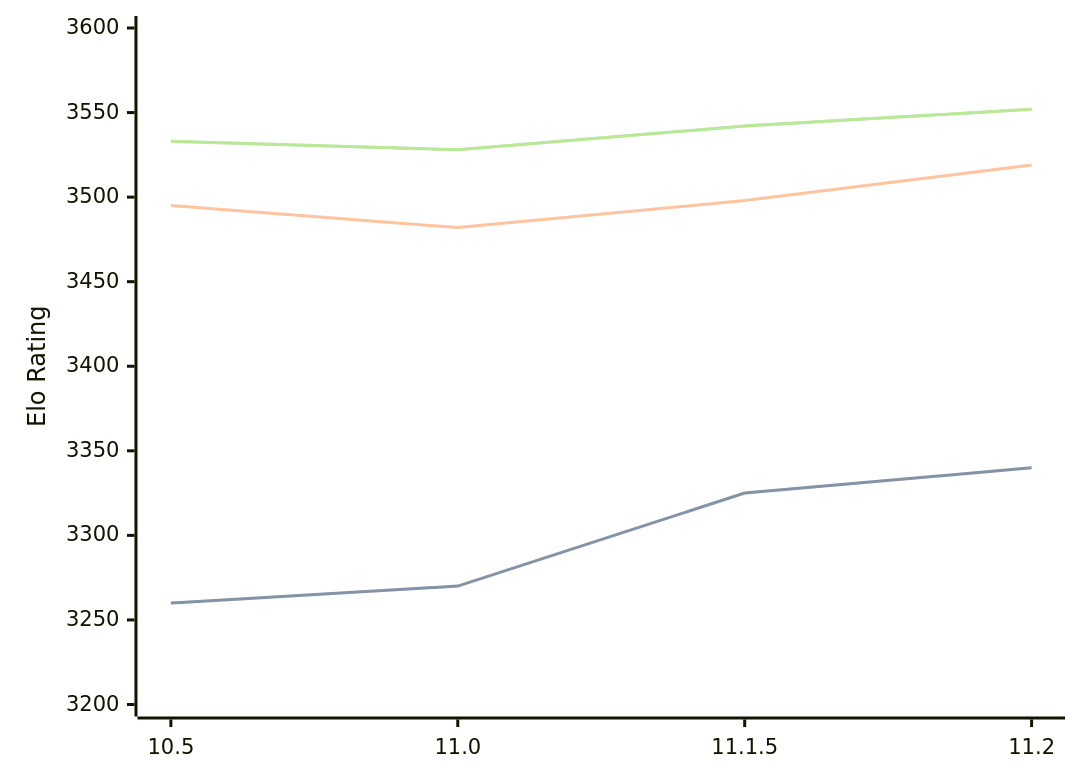
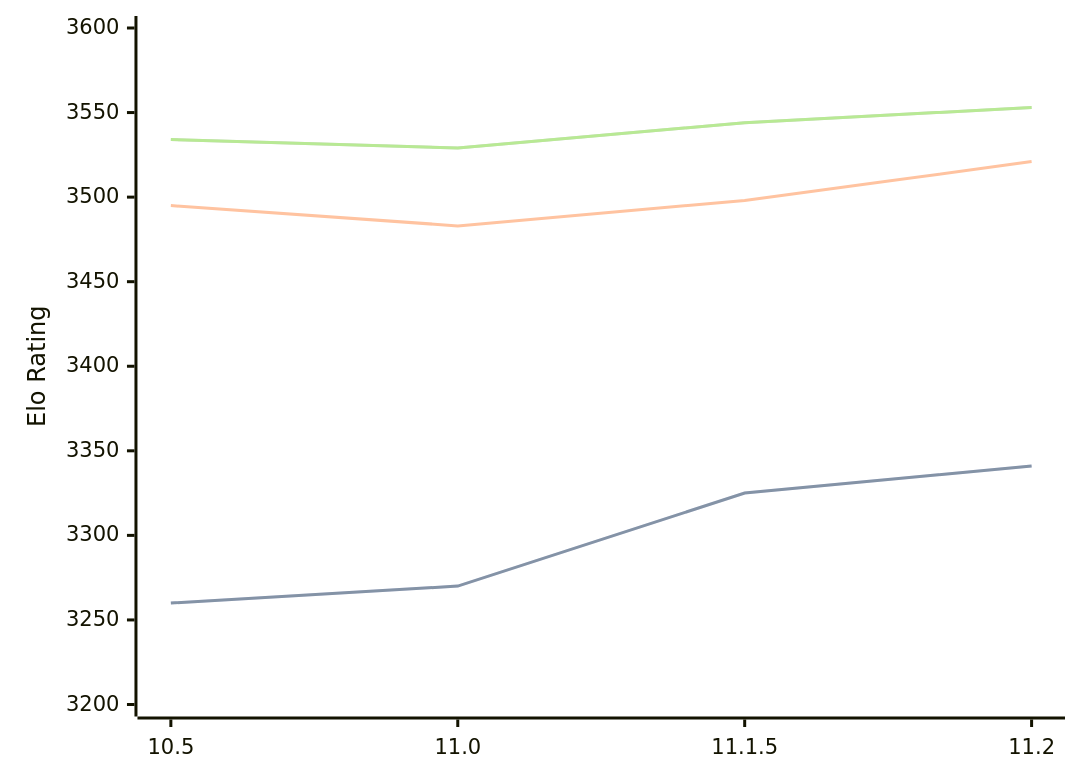
Before and after one commit to computer-chess-index/cci: the diagram in engines/Lizard.md, drawn with Mermaid. The commit also changed other lines of this file, not shown here.

Commit message:
Update CCI Ratings (ELO VLTC) - 2026-04-19

````diff
--- a/engines/Lizard.md
+++ b/engines/Lizard.md
@@ -46,11 +46,11 @@
 ```mermaid
 %%{init: {"theme":"base","themeVariables":{"seriesColors:['#a3a3a3','#222221','#faa371']}}}%%
 xychart-beta
   x-axis ["10.5", "11.0", "11.1.5", "11.2"]
   y-axis "Elo Rating" 3200 --> 3600
-  line "STC (8.0+0.08s)" [3260, 3270, 3325, 3340]
-  line "STC (8.0+0.08s)" [3260, 3270, 3325, 3340]
-  line "LTC (60.0+0.60s)" [3495, 3482, 3498, 3519]
-  line "VLTC (2m24s+1.12s)" [3533, 3528, 3542, 3552]
-  line "VLTC (2m24s+1.12s)" [3533, 3528, 3542, 3552]
+  line "STC (8.0+0.08s)" [3260, 3270, 3325, 3341]
+  line "STC (8.0+0.08s)" [3260, 3270, 3325, 3341]
+  line "LTC (60.0+0.60s)" [3495, 3483, 3498, 3521]
+  line "VLTC (2m24s+1.12s)" [3534, 3529, 3544, 3553]
+  line "VLTC (2m24s+1.12s)" [3534, 3529, 3544, 3553]
 ```
````
